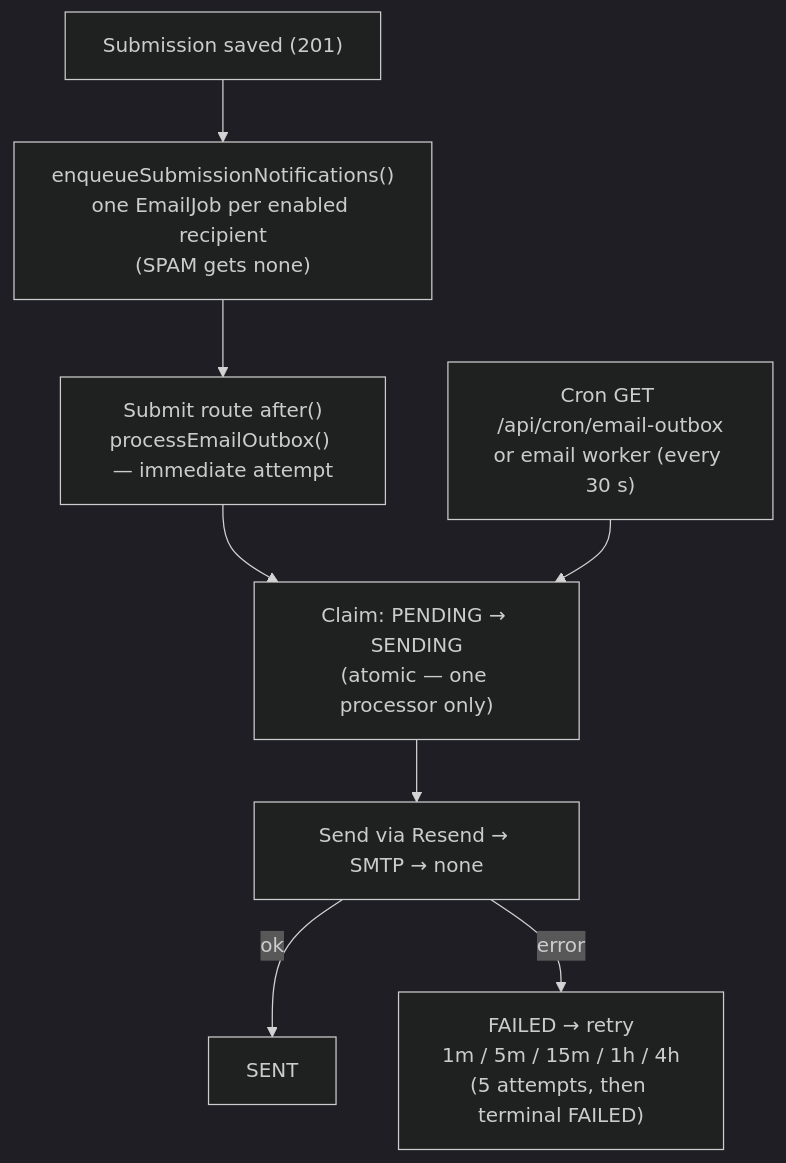
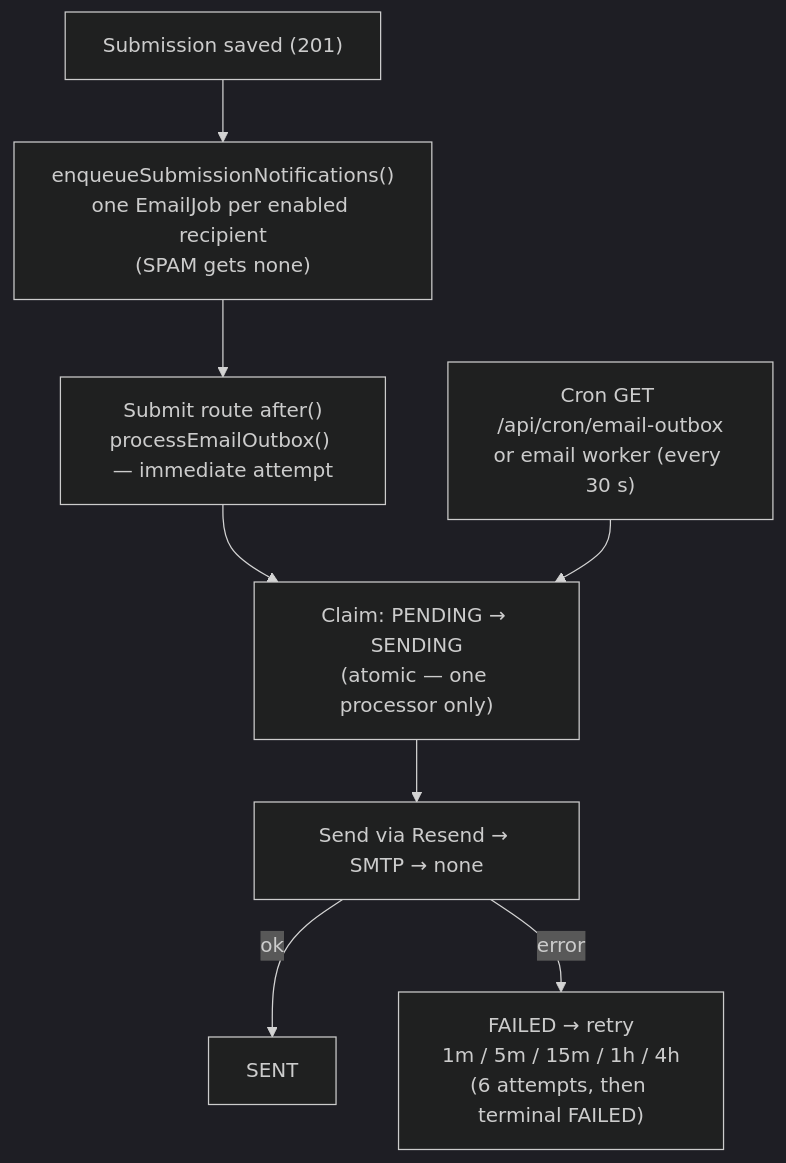
Before and after one commit to DashingMZA/sendcms: the diagram in docs/email-notifications.md, drawn with Mermaid (dark theme). The commit also changed other lines of this file and 62 other files, not shown here.

````diff
--- a/docs/email-notifications.md
+++ b/docs/email-notifications.md
@@ -9,16 +9,16 @@
 ```mermaid
 flowchart TB
     Submit["Submission saved (201)"]
     Enqueue["enqueueSubmissionNotifications()\none EmailJob per enabled recipient\n(SPAM gets none)"]
     After["Submit route after()\nprocessEmailOutbox() — immediate attempt"]
     Claim["Claim: PENDING → SENDING\n(atomic — one processor only)"]
     Send["Send via Resend → SMTP → none"]
     Sent["SENT"]
-    Retry["FAILED → retry\n1m / 5m / 15m / 1h / 4h\n(5 attempts, then terminal FAILED)"]
+    Retry["FAILED → retry\n1m / 5m / 15m / 1h / 4h\n(6 attempts, then terminal FAILED)"]
     Drain["Cron GET /api/cron/email-outbox\nor email worker (every 30 s)"]
 
     Submit --> Enqueue --> After --> Claim --> Send
     Send -- "ok" --> Sent
     Send -- "error" --> Retry
     Drain --> Claim
 ```
````
